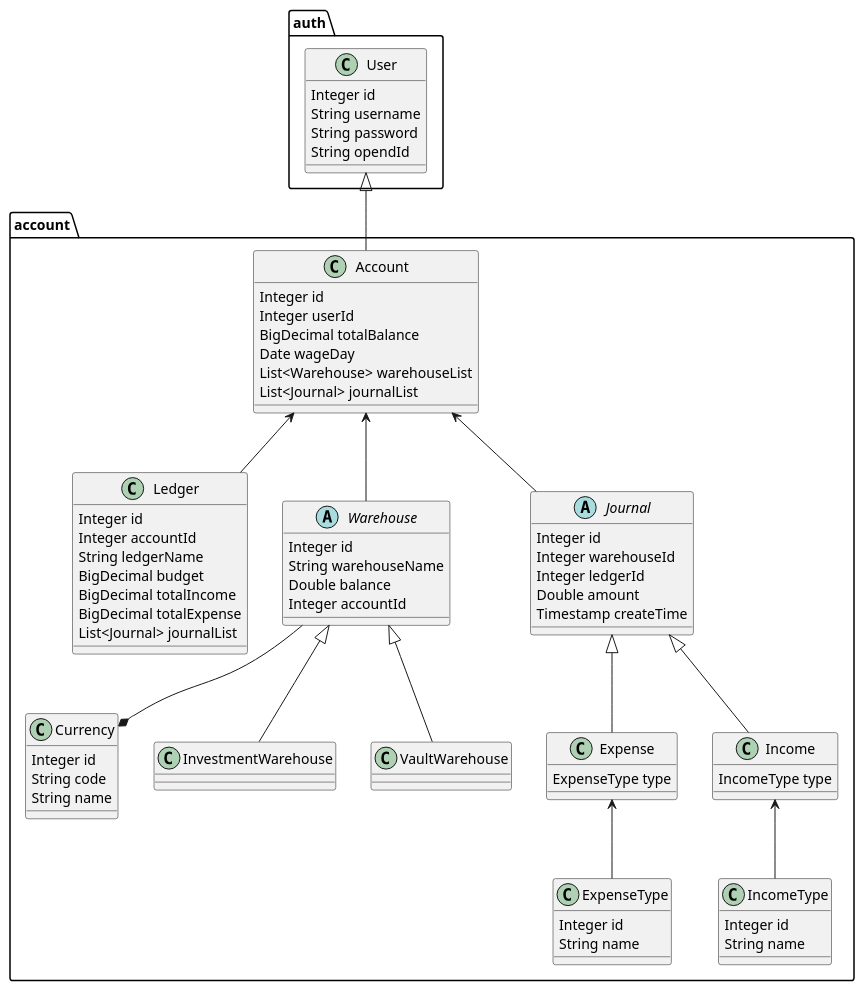
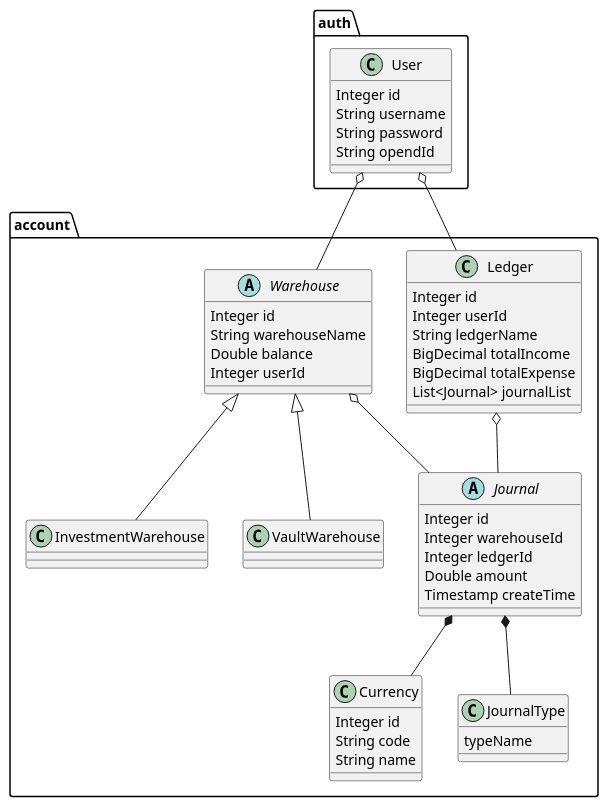
One commit to MinNanR/bookkeeping changed the second of 3 diagrams in class.puml. Above: the diagram before and after it, drawn with PlantUML. The commit also changed 33 other files, not shown here.

```diff
--- a/class.puml
+++ b/class.puml
@@ -28,86 +28,64 @@
 @startuml
 package auth{
     class User{
     Integer id
     String username
     String password
     String opendId
     }
 }
 
 package account{
-    class Account{
-    Integer id
-    Integer userId
-    BigDecimal totalBalance
-    Date wageDay
-    List<Warehouse> warehouseList
-    List<Journal> journalList
-    }
 
     class Ledger{
     Integer id
-    Integer accountId
+    Integer userId
     String ledgerName
-    BigDecimal budget
     BigDecimal totalIncome
     BigDecimal totalExpense
     List<Journal> journalList
     }
 
     abstract class Warehouse{
     Integer id
     String warehouseName
     Double balance
-    Integer accountId
+    Integer userId
     }
 
     class Currency{
     Integer id
     String code
     String name
     }
 
     abstract class Journal{
     Integer id
     Integer warehouseId
     Integer ledgerId
     Double amount
     Timestamp createTime
     }
 
-    class Expense{
-    ExpenseType type
-    }
-
-    class Income{
-    IncomeType type
-    }
-
-    class ExpenseType{
-    Integer id
-    String name
-    }
-
-    class IncomeType{
-    Integer id
-    String name
+    class JournalType{
+    typeName
     }
 
     class InvestmentWarehouse
     class VaultWarehouse
 
-    Account <-- Ledger
-    Account <-- Warehouse
-    Account <-- Journal
-    Journal <|-- Expense
-    Journal <|-- Income
-    Expense <-- ExpenseType
-    Income <-- IncomeType
-    Warehouse --* Currency
-    User <|-- Account
+    Journal *-- JournalType
+    Journal *-- Currency
+
+    Ledger o-- Journal
+    Warehouse o-- Journal
+
+    Warehouse <|-- InvestmentWarehouse
     Warehouse <|-- VaultWarehouse
-    Warehouse <|-- InvestmentWarehouse
+
+    User o-- Ledger
+    User o-- Warehouse
+
 }
 
 @enduml
```
